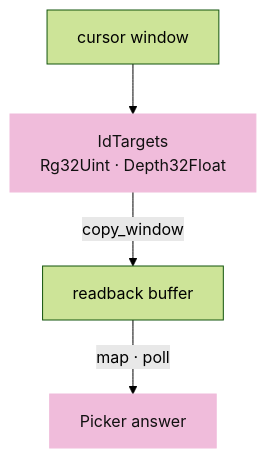
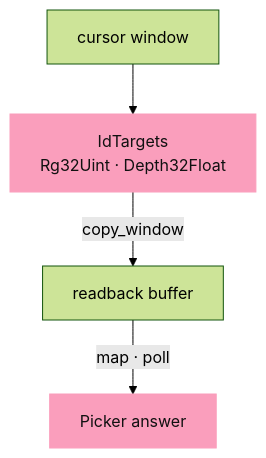
One commit to petrasvestartas/session changed diagram 12 of 19 in session_viewer/docs/12-picking.md. Above: the diagram before and after it, drawn with Mermaid (forest theme). The commit also changed other lines of this file and 328 other files, not shown here.

First line of the commit message:
Course: the palette you sent, and mermaid drawn like the drawings

````diff
--- a/session_viewer/docs/12-picking.md
+++ b/session_viewer/docs/12-picking.md
@@ -421,8 +421,8 @@
 ```mermaid
 flowchart TB
     C["cursor window"] --> T["IdTargets<br/>Rg32Uint · Depth32Float"]
     T -- "copy_window" --> B["readback buffer"]
     B -- "map · poll" --> P["Picker answer"]
-    style T fill:#f0bcdb,stroke:#f0bcdb,color:#111
-    style P fill:#f0bcdb,stroke:#f0bcdb,color:#111
+    style T fill:#fa9ebc,stroke:#fa9ebc,color:#111
+    style P fill:#fa9ebc,stroke:#fa9ebc,color:#111
 ```
````
